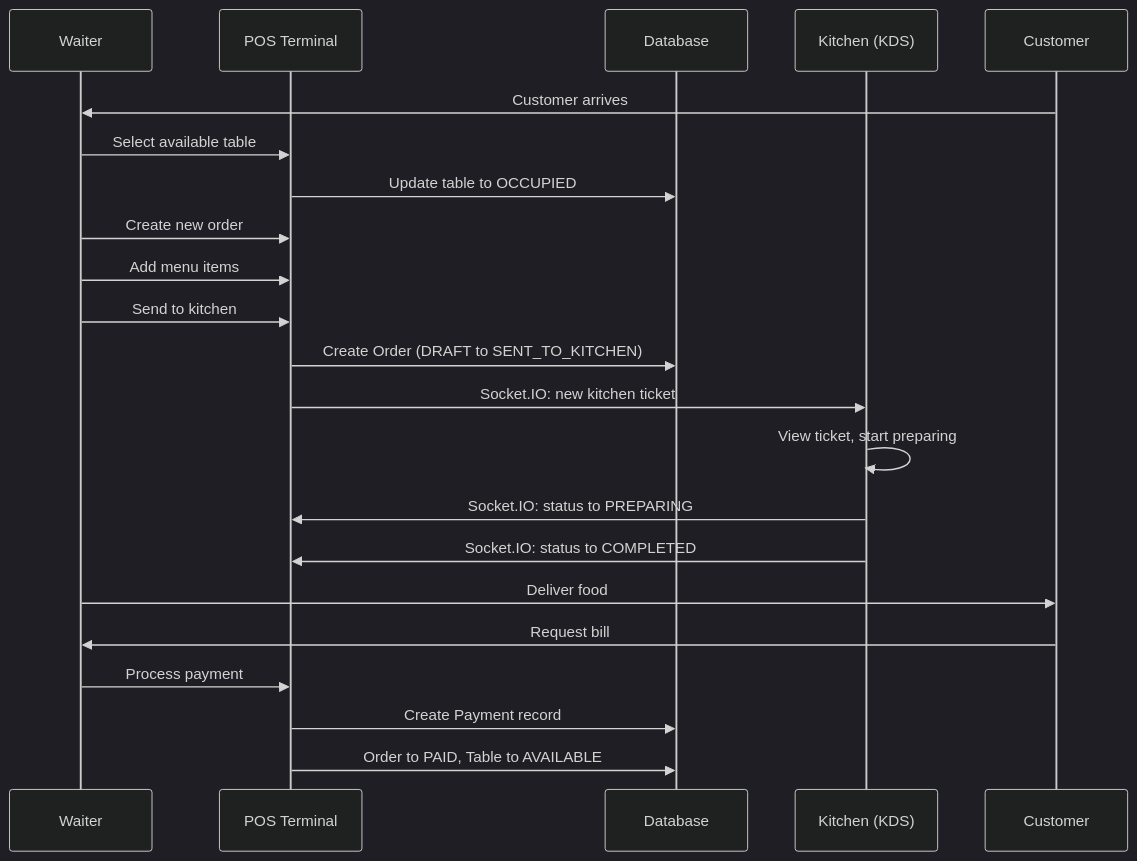
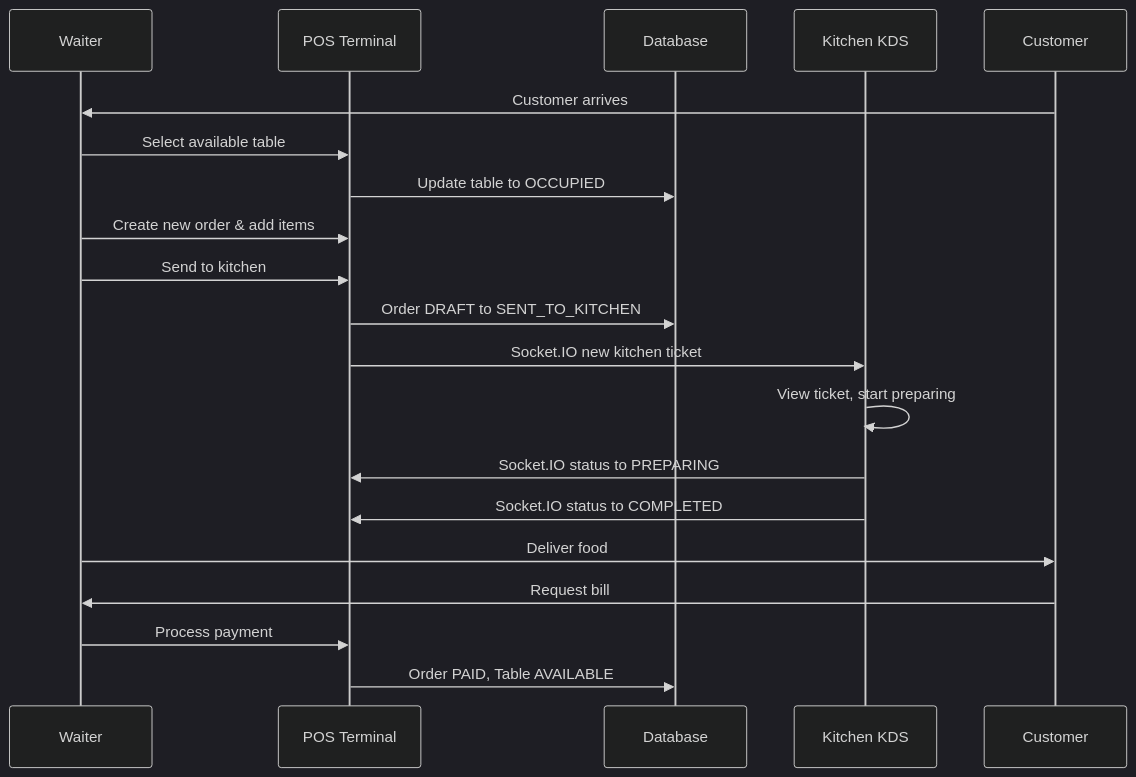
The third of 5 diagrams in docs/project-overview.md (Team-Detroit/Odoo-Hack), drawn with Mermaid (dark theme) before and after one commit. The commit also changed other lines of this file and 5 other files, not shown here.

````diff
--- a/docs/project-overview.md
+++ b/docs/project-overview.md
@@ -107,25 +109,23 @@
 ```mermaid
 sequenceDiagram
     participant W as Waiter
     participant POS as POS Terminal
     participant DB as Database
-    participant K as Kitchen (KDS)
+    participant K as Kitchen KDS
     participant C as Customer
 
     C->>W: Customer arrives
     W->>POS: Select available table
     POS->>DB: Update table to OCCUPIED
-    W->>POS: Create new order
-    W->>POS: Add menu items
+    W->>POS: Create new order & add items
     W->>POS: Send to kitchen
-    POS->>DB: Create Order (DRAFT to SENT_TO_KITCHEN)
-    POS->>K: Socket.IO: new kitchen ticket
+    POS->>DB: Order DRAFT to SENT_TO_KITCHEN
+    POS->>K: Socket.IO new kitchen ticket
     K->>K: View ticket, start preparing
-    K->>POS: Socket.IO: status to PREPARING
-    K->>POS: Socket.IO: status to COMPLETED
+    K->>POS: Socket.IO status to PREPARING
+    K->>POS: Socket.IO status to COMPLETED
     W->>C: Deliver food
     C->>W: Request bill
     W->>POS: Process payment
-    POS->>DB: Create Payment record
-    POS->>DB: Order to PAID, Table to AVAILABLE
+    POS->>DB: Order PAID, Table AVAILABLE
 ```
````
